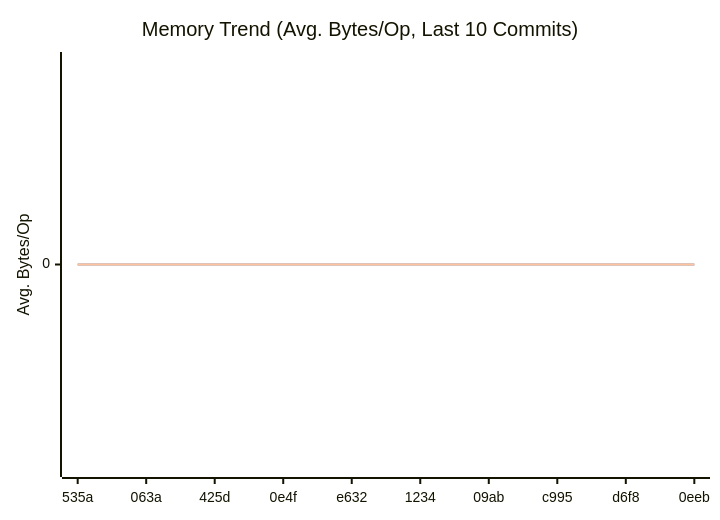
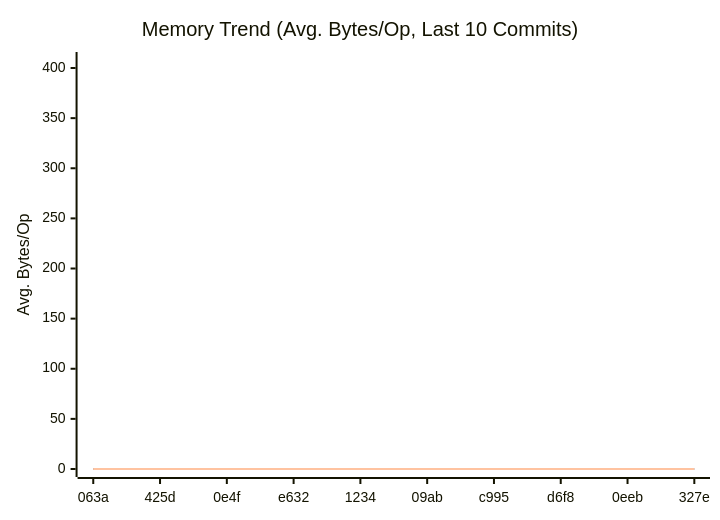
One commit to alsotoes/momo changed the second of 3 diagrams in doc/README.md. Above: the diagram before and after it, drawn with Mermaid. The commit also changed other lines of this file and 1 other file, not shown here.

````diff
--- a/doc/README.md
+++ b/doc/README.md
@@ -301,10 +309,12 @@
 ```mermaid
 xychart-beta
     title "Memory Trend (Avg. Bytes/Op, Last 10 Commits)"
     x-axis "Commit"
     y-axis "Avg. Bytes/Op"
-    x-axis [535a,063a,425d,0e4f,e632,1234,09ab,c995,d6f8,0eeb]
+    x-axis [063a,425d,0e4f,e632,1234,09ab,c995,d6f8,0eeb,327e]
     line "CheckMetricsAndSwap" [0,0,0,0,0,0,0,0,0,0]
     line "IndexDirectTracking" [0,0,0,0,0,0,0,0,0,0]
     line "IndexSearch" [0,0,0,0,0,0,0,0,0,0]
+    line "ParseReplicationOrder_NoPrealloc" [408]
+    line "ParseReplicationOrder_Prealloc" [240]
 ```
````
